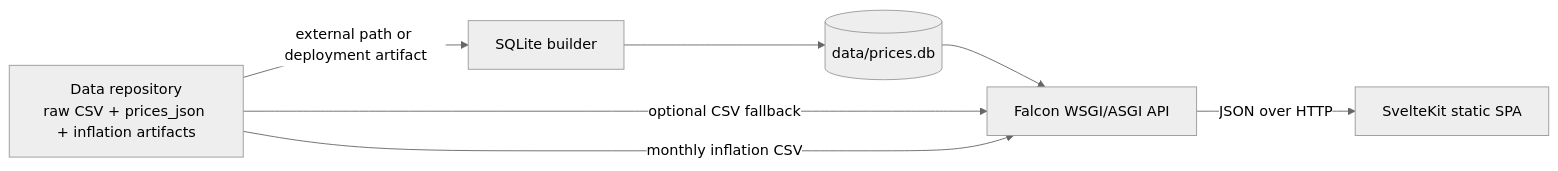
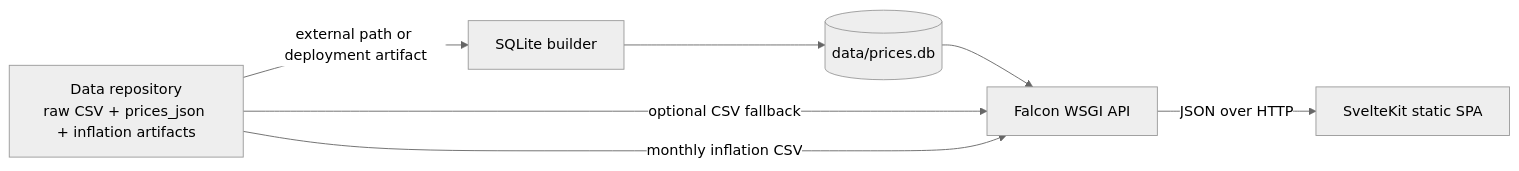
Before and after one commit to vinnipukh/ucuzu: the diagram in docs/ARCHITECTURE.md, drawn with Mermaid (neutral theme). The commit also changed other lines of this file and 23 other files, not shown here.

First line of the commit message:
Remove the ASGI app; keep the WSGI API only

````diff
--- a/docs/ARCHITECTURE.md
+++ b/docs/ARCHITECTURE.md
@@ -7,15 +7,15 @@
 ```mermaid
 flowchart LR
     DataRepo[Data repository\nraw CSV + prices_json + inflation artifacts]
     Builder[SQLite builder]
     DB[(data/prices.db)]
-    API[Falcon WSGI/ASGI API]
+    API[Falcon WSGI API]
     SPA[SvelteKit static SPA]
 
     DataRepo -->|external path or deployment artifact| Builder
     Builder --> DB
     DB --> API
     DataRepo -->|optional CSV fallback| API
     DataRepo -->|monthly inflation CSV| API
     API -->|JSON over HTTP| SPA
 ```
````
